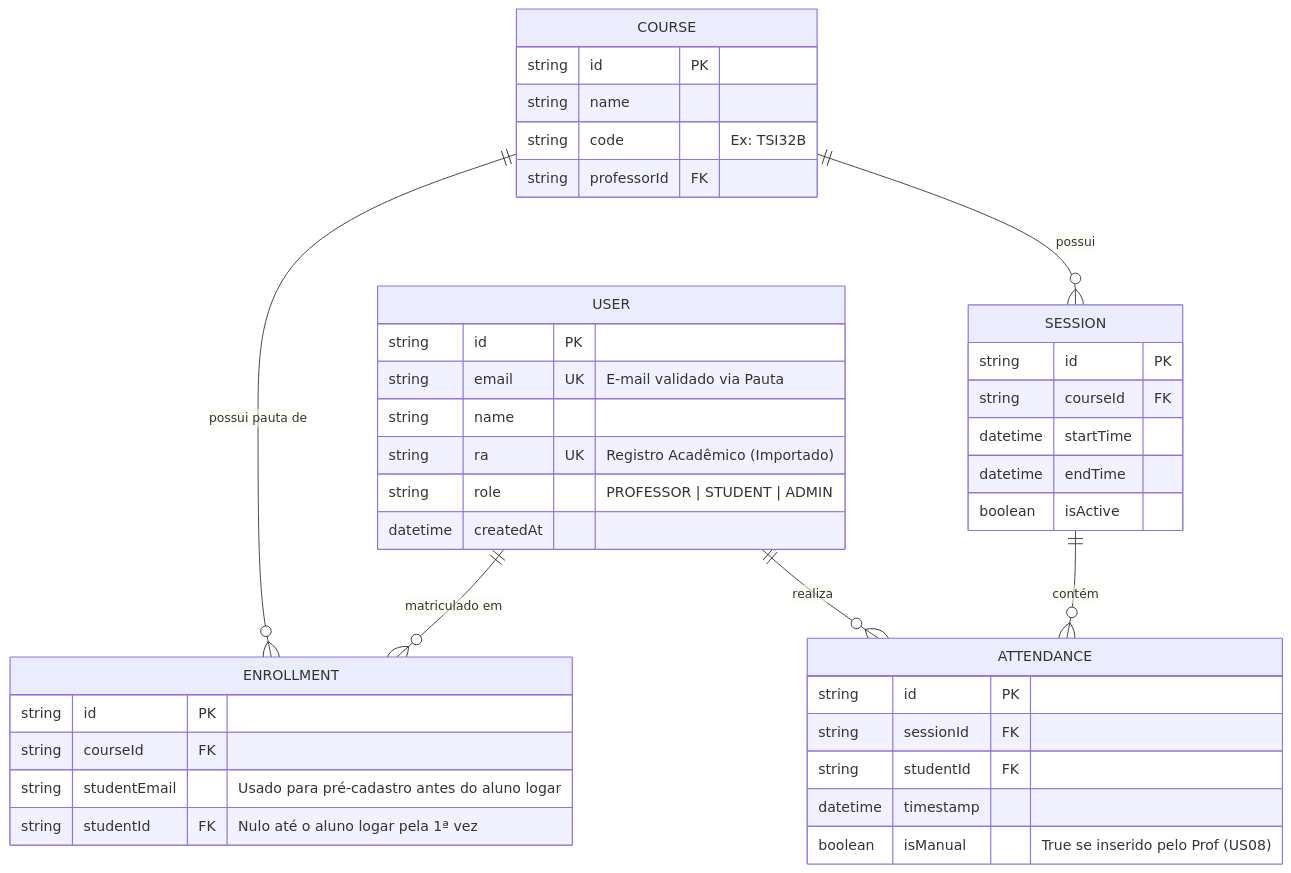
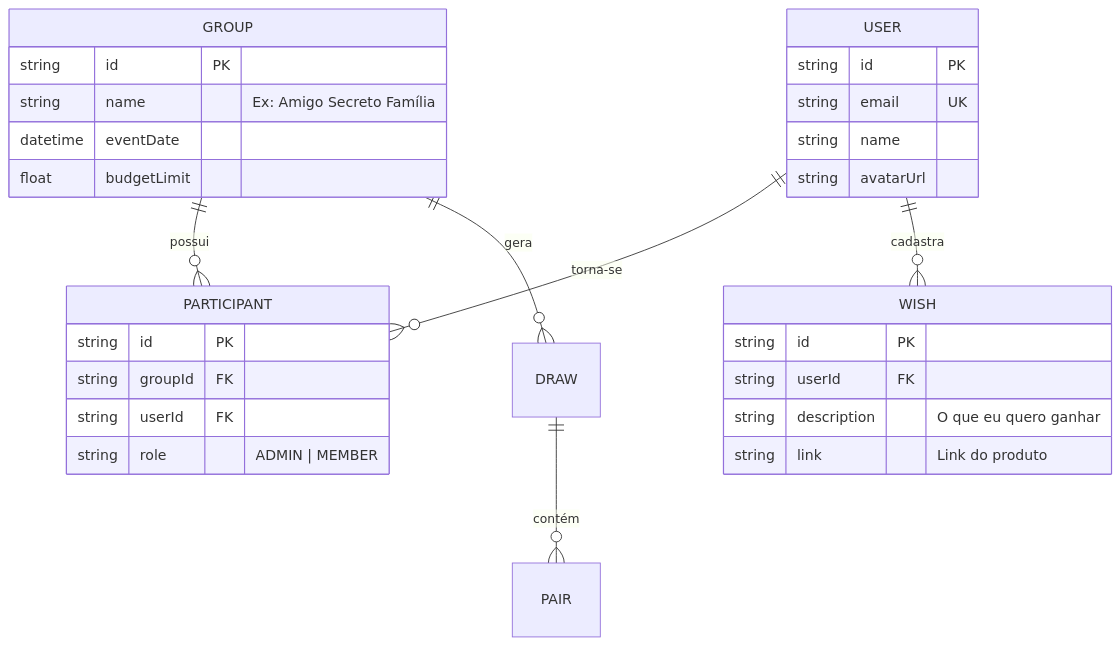
One commit to mariagued/gift-hub changed the diagram in docs/sdd.md. Above: the diagram before and after it, drawn with Mermaid.

Commit message:
alterado o schema no sdd

````diff
--- a/docs/sdd.md
+++ b/docs/sdd.md
@@ -63,47 +63,37 @@
 ```mermaid
 erDiagram
-    COURSE ||--o{ ENROLLMENT : "possui pauta de"
-    USER ||--o{ ENROLLMENT : "matriculado em"
-    USER ||--o{ ATTENDANCE : "realiza"
-    COURSE ||--o{ SESSION : "possui"
-    SESSION ||--o{ ATTENDANCE : "contém"
+    GROUP ||--o{ PARTICIPANT : "possui"
+    USER ||--o{ PARTICIPANT : "torna-se"
+    USER ||--o{ WISH : "cadastra"
+    GROUP ||--o{ DRAW : "gera"
+    DRAW ||--o{ PAIR : "contém"
 
     USER {
         string id PK
-        string email UK "E-mail validado via Pauta"
+        string email UK
         string name
-        string ra UK "Registro Acadêmico (Importado)"
-        string role "PROFESSOR | STUDENT | ADMIN"
-        datetime createdAt
+        string avatarUrl
     }
 
-    COURSE {
+    GROUP {
         string id PK
-        string name
-        string code "Ex: TSI32B"
-        string professorId FK
+        string name "Ex: Amigo Secreto Família"
+        datetime eventDate
+        float budgetLimit
     }
 
-    ENROLLMENT {
+    PARTICIPANT {
         string id PK
-        string courseId FK
-        string studentEmail "Usado para pré-cadastro antes do aluno logar"
-        string studentId FK "Nulo até o aluno logar pela 1ª vez"
+        string groupId FK
+        string userId FK
+        string role "ADMIN | MEMBER"
     }
 
-    SESSION {
+    WISH {
         string id PK
-        string courseId FK
-        datetime startTime
-        datetime endTime
-        boolean isActive
+        string userId FK
+        string description "O que eu quero ganhar"
+        string link "Link do produto"
     }
-
-    ATTENDANCE {
-        string id PK
-        string sessionId FK
-        string studentId FK
-        datetime timestamp
-        boolean isManual "True se inserido pelo Prof (US08)"
-    }
+    
 ```
````
